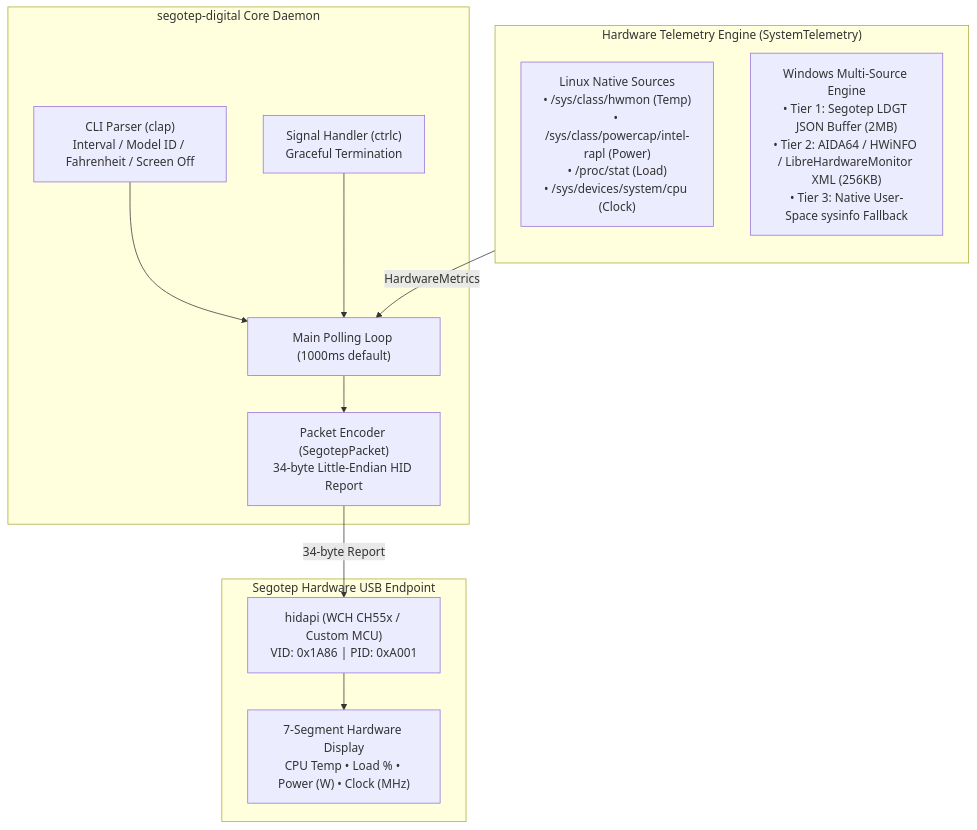
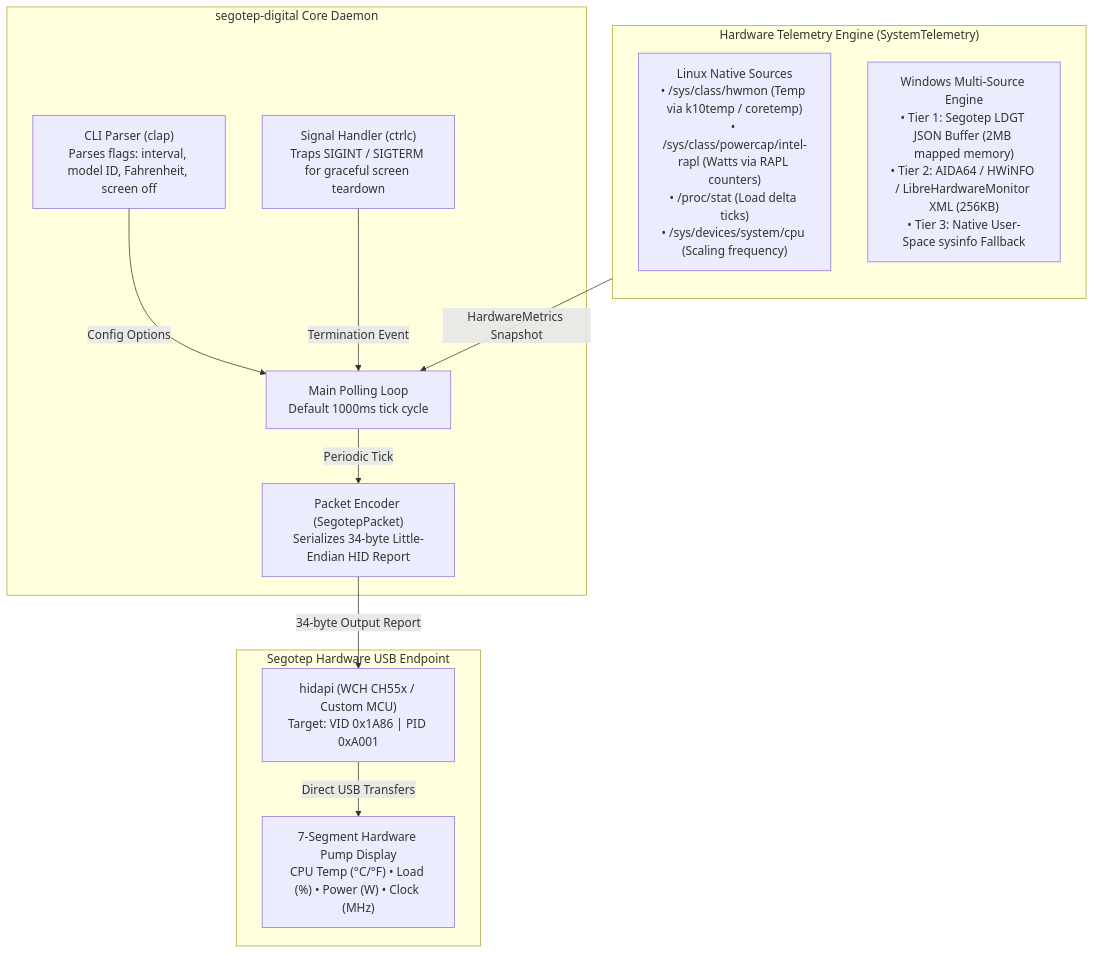
Before and after one commit to Delnegend/segotep-digital: the first of 6 diagrams in ARCHITECTURE.md, drawn with Mermaid. The commit also changed other lines of this file, not shown here.

Commit message:
docs: enrich ARCHITECTURE.md diagrams with detailed text descriptions

````diff
--- a/ARCHITECTURE.md
+++ b/ARCHITECTURE.md
@@ -11,27 +11,27 @@
 ```mermaid
 flowchart TB
     subgraph CoreDaemon["segotep-digital Core Daemon"]
-        CLI["CLI Parser (clap)<br/>Interval / Model ID / Fahrenheit / Screen Off"]
-        SIG["Signal Handler (ctrlc)<br/>Graceful Termination"]
-        LOOP["Main Polling Loop (1000ms default)"]
-        PACKET["Packet Encoder (SegotepPacket)<br/>34-byte Little-Endian HID Report"]
+        CLI["CLI Parser (clap)<br/>Parses flags: interval, model ID, Fahrenheit, screen off"]
+        SIG["Signal Handler (ctrlc)<br/>Traps SIGINT / SIGTERM for graceful screen teardown"]
+        LOOP["Main Polling Loop<br/>Default 1000ms tick cycle"]
+        PACKET["Packet Encoder (SegotepPacket)<br/>Serializes 34-byte Little-Endian HID Report"]
     end
 
     subgraph TelemetrySubsystem["Hardware Telemetry Engine (SystemTelemetry)"]
         direction TB
-        LINUX_SRC["Linux Native Sources<br/>• /sys/class/hwmon (Temp)<br/>• /sys/class/powercap/intel-rapl (Power)<br/>• /proc/stat (Load)<br/>• /sys/devices/system/cpu (Clock)"]
-        WIN_SRC["Windows Multi-Source Engine<br/>• Tier 1: Segotep LDGT JSON Buffer (2MB)<br/>• Tier 2: AIDA64 / HWiNFO / LibreHardwareMonitor XML (256KB)<br/>• Tier 3: Native User-Space sysinfo Fallback"]
+        LINUX_SRC["Linux Native Sources<br/>• /sys/class/hwmon (Temp via k10temp / coretemp)<br/>• /sys/class/powercap/intel-rapl (Watts via RAPL counters)<br/>• /proc/stat (Load delta ticks)<br/>• /sys/devices/system/cpu (Scaling frequency)"]
+        WIN_SRC["Windows Multi-Source Engine<br/>• Tier 1: Segotep LDGT JSON Buffer (2MB mapped memory)<br/>• Tier 2: AIDA64 / HWiNFO / LibreHardwareMonitor XML (256KB)<br/>• Tier 3: Native User-Space sysinfo Fallback"]
     end
 
     subgraph HardwareLayer["Segotep Hardware USB Endpoint"]
-        HID_API["hidapi (WCH CH55x / Custom MCU)<br/>VID: 0x1A86 | PID: 0xA001"]
-        SCREEN["7-Segment Hardware Display<br/>CPU Temp • Load % • Power (W) • Clock (MHz)"]
+        HID_API["hidapi (WCH CH55x / Custom MCU)<br/>Target: VID 0x1A86 | PID 0xA001"]
+        SCREEN["7-Segment Hardware Pump Display<br/>CPU Temp (°C/°F) • Load (%) • Power (W) • Clock (MHz)"]
     end
 
-    CLI --> LOOP
-    SIG --> LOOP
-    TelemetrySubsystem -->|HardwareMetrics| LOOP
-    LOOP --> PACKET
-    PACKET -->|34-byte Report| HID_API
-    HID_API --> SCREEN
+    CLI -->|Config Options| LOOP
+    SIG -->|Termination Event| LOOP
+    TelemetrySubsystem -->|HardwareMetrics Snapshot| LOOP
+    LOOP -->|Periodic Tick| PACKET
+    PACKET -->|34-byte Output Report| HID_API
+    HID_API -->|Direct USB Transfers| SCREEN
 ```
````
